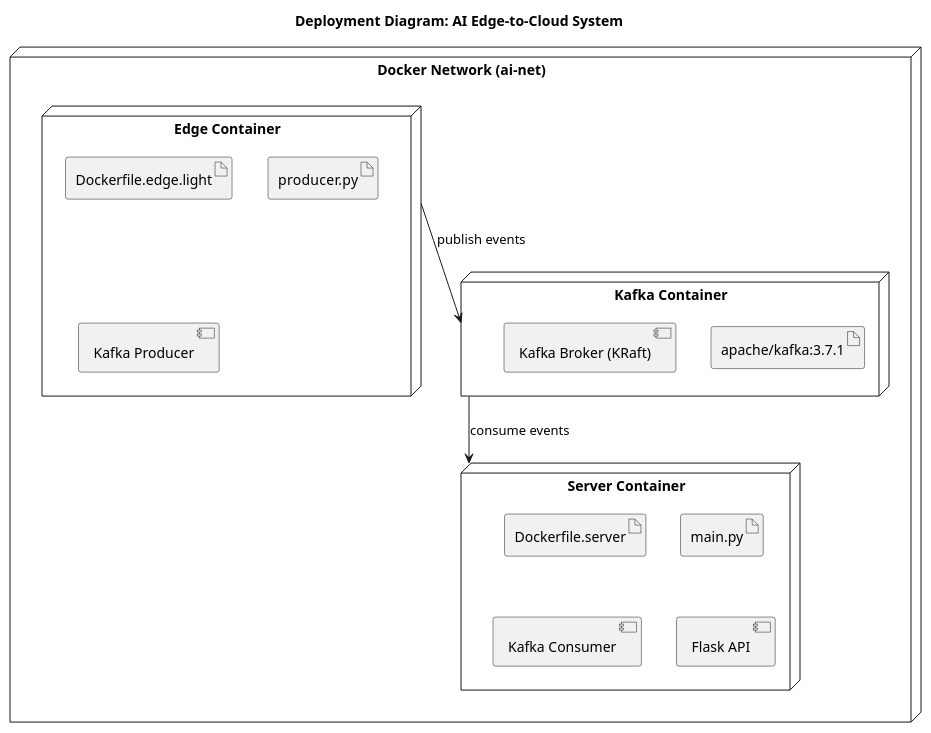
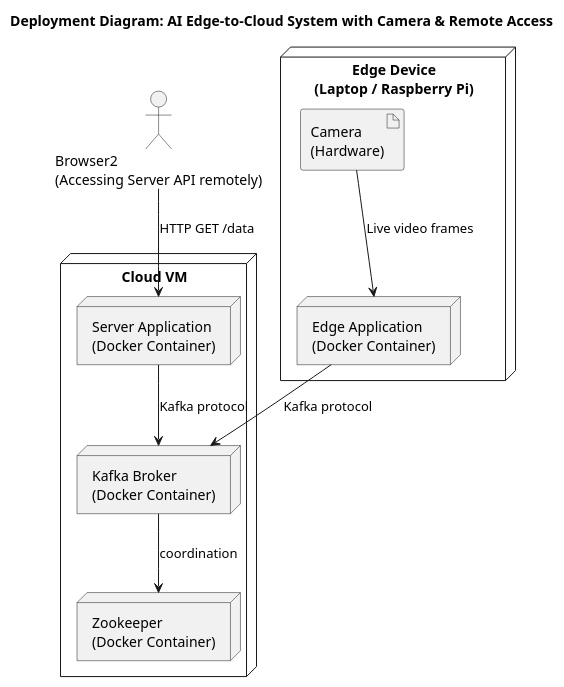
One commit to f-kittenberger/25imc-ai-edge-to-cloud changed the diagram in docs/uml/deployment-diagram.puml. Above: the diagram before and after it, drawn with PlantUML. The commit also changed other lines of this file and 41 other files, not shown here.

```diff
--- a/docs/uml/deployment-diagram.puml
+++ b/docs/uml/deployment-diagram.puml
@@ -1,28 +1,35 @@
 @startuml
-title Deployment Diagram: AI Edge-to-Cloud System
+title Deployment Diagram: AI Edge-to-Cloud System with Camera & Remote Access
 
-node "Docker Network (ai-net)" {
-
-  node "Kafka Container" as KafkaNode {
-    artifact "apache/kafka:3.7.1"
-    component "Kafka Broker (KRaft)" as Kafka
-  }
-
-  node "Edge Container" as EdgeNode {
-    artifact "Dockerfile.edge.light"
-    artifact "producer.py"
-    component "Kafka Producer" as Producer
-  }
-
-  node "Server Container" as ServerNode {
-    artifact "Dockerfile.server"
-    artifact "main.py"
-    component "Kafka Consumer" as Consumer
-    component "Flask API" as API
-  }
+' --------------------
+' Edge Device Node
+' --------------------
+node "Edge Device\n(Laptop / Raspberry Pi)" {
+  node "Edge Application\n(Docker Container)"
+  artifact "Camera\n(Hardware)" as Camera
 }
 
-EdgeNode --> KafkaNode : publish events
-KafkaNode --> ServerNode : consume events
+' --------------------
+' Cloud VM Node
+' --------------------
+node "Cloud VM" {
+  node "Kafka Broker\n(Docker Container)"
+  node "Zookeeper\n(Docker Container)"
+  node "Server Application\n(Docker Container)"
+}
+
+' --------------------
+' Remote User
+' --------------------
+actor "Browser2\n(Accessing Server API remotely)" as RemoteUser
+
+' --------------------
+' Connections
+' --------------------
+Camera --> "Edge Application\n(Docker Container)" : Live video frames
+"Edge Application\n(Docker Container)" --> "Kafka Broker\n(Docker Container)" : Kafka protocol
+"Server Application\n(Docker Container)" --> "Kafka Broker\n(Docker Container)" : Kafka protocol
+"Kafka Broker\n(Docker Container)" --> "Zookeeper\n(Docker Container)" : coordination
+RemoteUser --> "Server Application\n(Docker Container)" : HTTP GET /data
 
 @enduml
```
